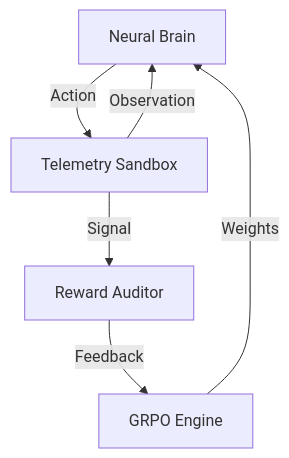
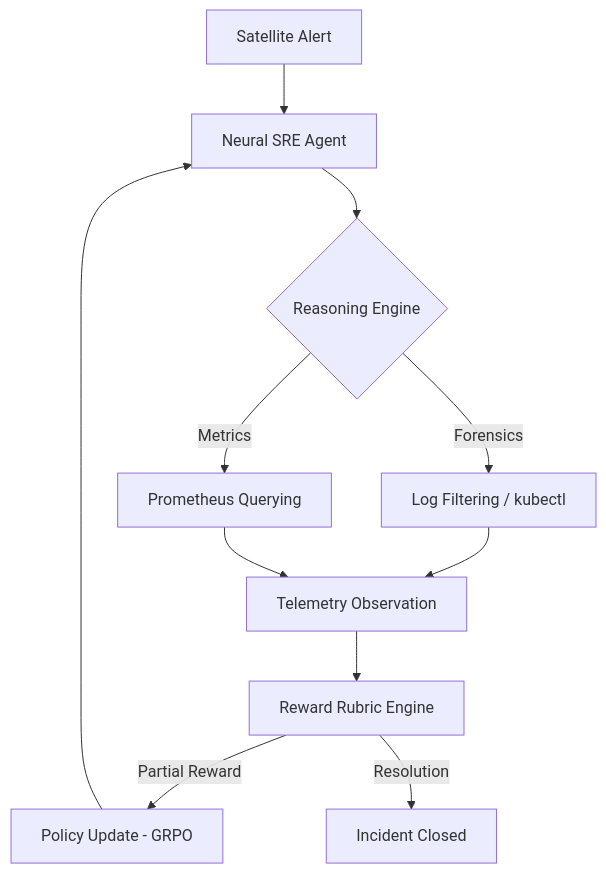
The diagram in README.md (mohit4901/incidentmind), drawn with Mermaid before and after one commit. The commit also changed other lines of this file, not shown here.

````diff
--- a/README.md
+++ b/README.md
@@ -48,8 +21,12 @@
 ```mermaid
 graph TD
-    A[Neural Brain] -->|Action| B[Telemetry Sandbox]
-    B -->|Observation| A
-    B -->|Signal| C[Reward Auditor]
-    C -->|Feedback| D[GRPO Engine]
-    D -->|Weights| A
+    A[Satellite Alert] --> B[Neural SRE Agent]
+    B --> C{Reasoning Engine}
+    C -->|Forensics| D[Log Filtering / kubectl]
+    C -->|Metrics| E[Prometheus Querying]
+    D & E --> F[Telemetry Observation]
+    F --> G[Reward Rubric Engine]
+    G -->|Partial Reward| H[Policy Update - GRPO]
+    H --> B
+    G -->|Resolution| I[Incident Closed]
 ```
````
